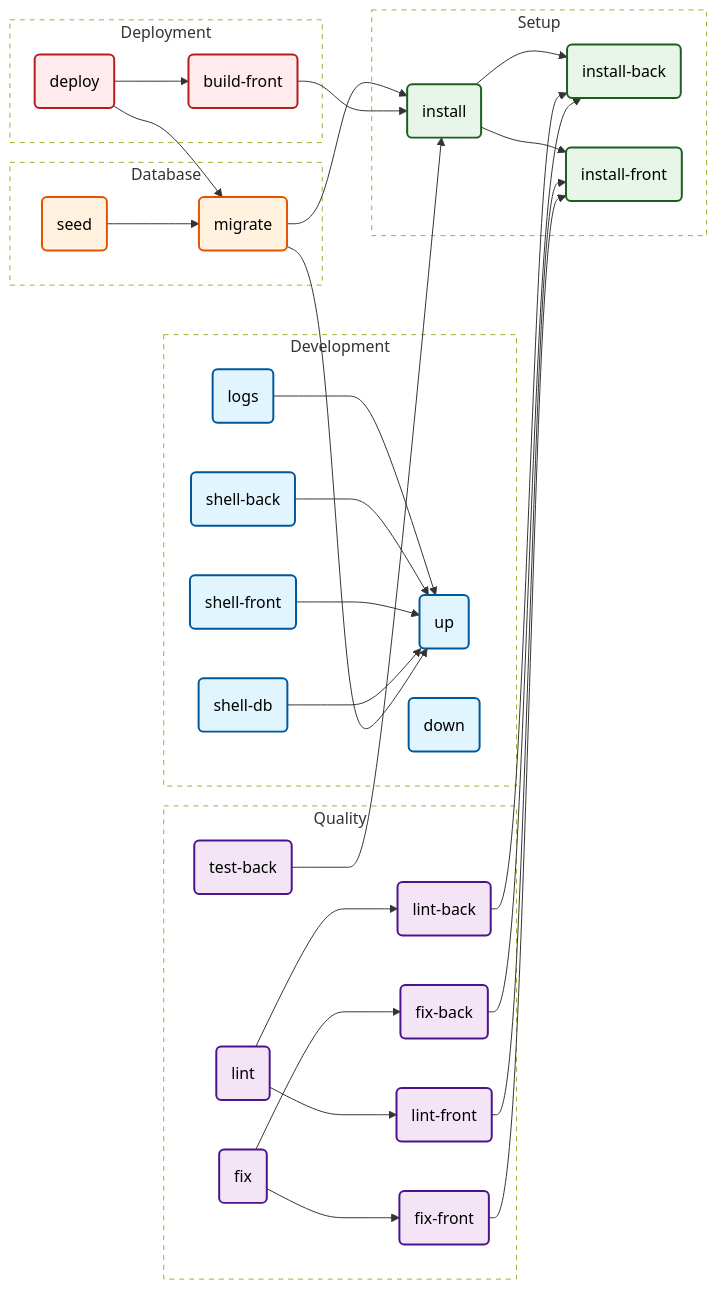
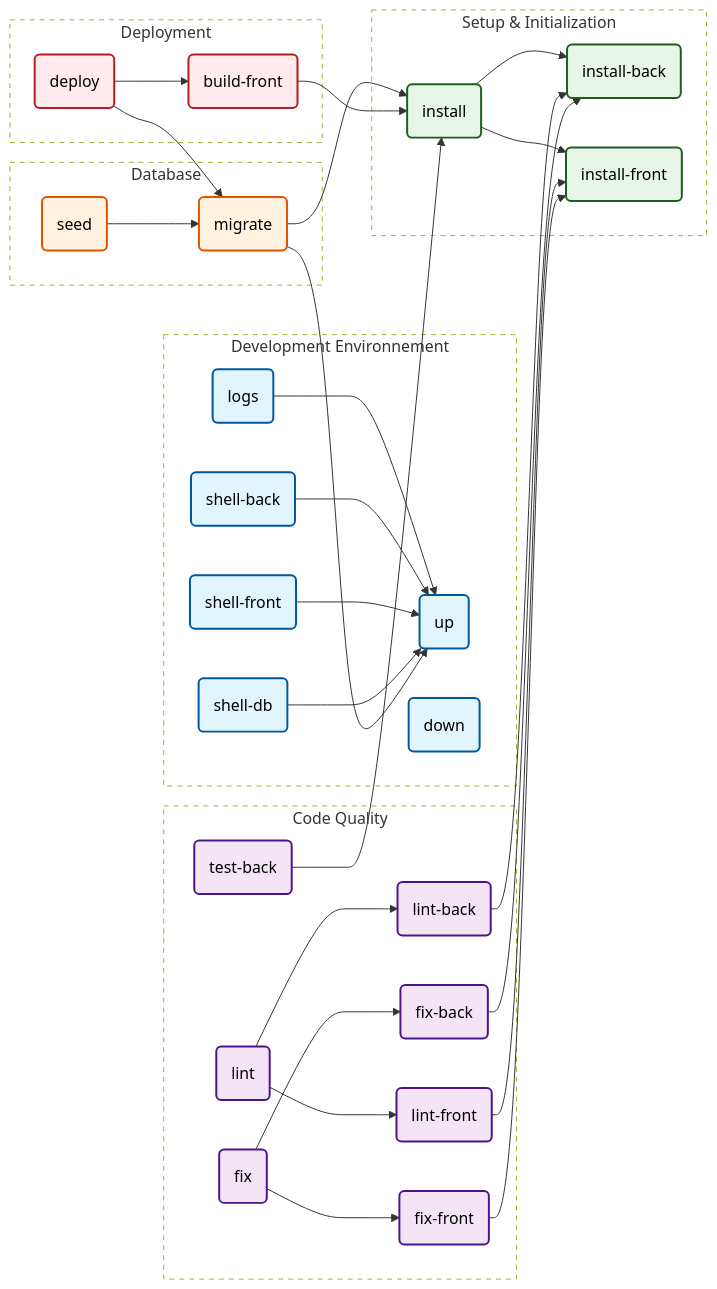
The diagram in tests/fixtures/expected.md (Merlin-Clos/makefile2doc), drawn with Mermaid before and after one commit. The commit also changed other lines of this file and 2 other files, not shown here.

````diff
--- a/tests/fixtures/expected.md
+++ b/tests/fixtures/expected.md
@@ -31,6 +31,6 @@
 ```mermaid
 flowchart LR
-    subgraph Development
+    subgraph Development_Environnement[Development Environnement]
         up(up)
         down(down)
         logs(logs)
@@ -38,7 +38,7 @@
         shell-front(shell-front)
         shell-db(shell-db)
     end
-    style Development fill:transparent,stroke-dasharray: 5 5
+    style Development_Environnement fill:transparent,stroke-dasharray: 5 5
     classDef cat0 fill:#E1F5FE,stroke:#01579B,stroke-width:2px,color:#000;
     class up cat0
     class down cat0
@@ -46,17 +46,17 @@
     class shell-back cat0
     class shell-front cat0
     class shell-db cat0
-    subgraph Setup
+    subgraph Setup_&_Initialization[Setup & Initialization]
         install-back(install-back)
         install-front(install-front)
         install(install)
     end
-    style Setup fill:transparent,stroke-dasharray: 5 5
+    style Setup_&_Initialization fill:transparent,stroke-dasharray: 5 5
     classDef cat1 fill:#E8F5E9,stroke:#1B5E20,stroke-width:2px,color:#000;
     class install-back cat1
     class install-front cat1
     class install cat1
-    subgraph Database
+    subgraph Database[Database]
         migrate(migrate)
         seed(seed)
     end
@@ -64,7 +64,7 @@
     classDef cat2 fill:#FFF3E0,stroke:#E65100,stroke-width:2px,color:#000;
     class migrate cat2
     class seed cat2
-    subgraph Quality
+    subgraph Code_Quality[Code Quality]
         test-back(test-back)
         lint-front(lint-front)
         lint-back(lint-back)
@@ -73,7 +73,7 @@
         lint(lint)
         fix(fix)
     end
-    style Quality fill:transparent,stroke-dasharray: 5 5
+    style Code_Quality fill:transparent,stroke-dasharray: 5 5
     classDef cat3 fill:#F3E5F5,stroke:#4A148C,stroke-width:2px,color:#000;
     class test-back cat3
     class lint-front cat3
@@ -82,7 +82,7 @@
     class fix-back cat3
     class lint cat3
     class fix cat3
-    subgraph Deployment
+    subgraph Deployment[Deployment]
         build-front(build-front)
         deploy(deploy)
     end
````
